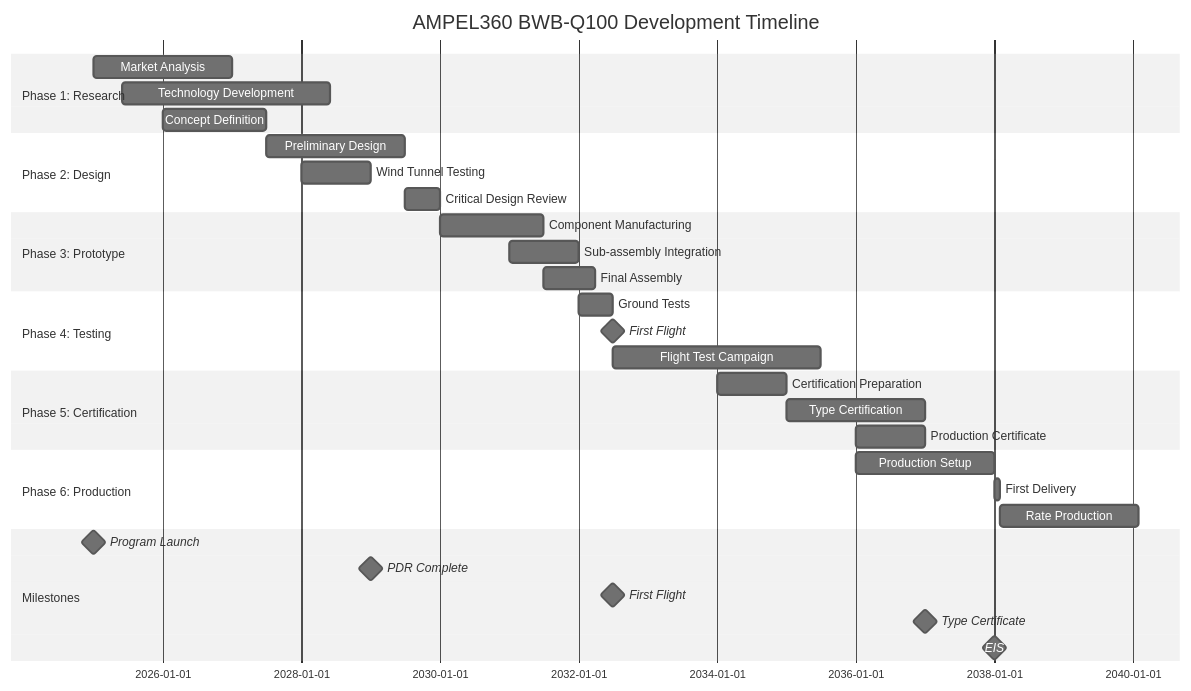
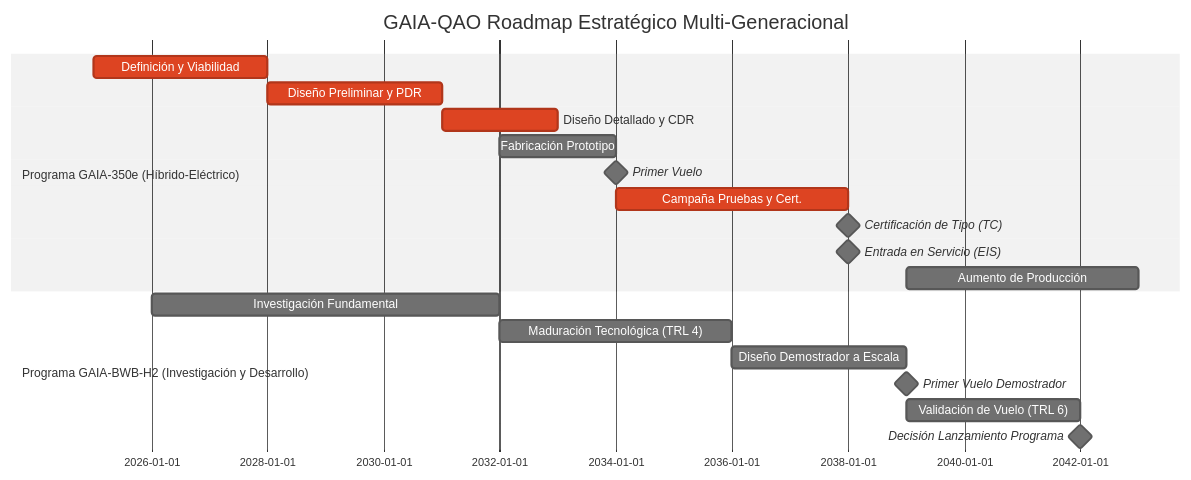
Before and after one commit to Robbbo-T/GQAOA: the second of 6 diagrams in organization/README.md, drawn with Mermaid (neutral theme). The commit also changed other lines of this file, not shown here.

````diff
--- a/organization/README.md
+++ b/organization/README.md
@@ -669,42 +336,24 @@
 ```mermaid
 gantt
-    title AMPEL360 BWB-Q100 Development Timeline
-    dateFormat YYYY-MM
+    title GAIA-QAO Roadmap Estratégico Multi-Generacional
+    dateFormat YYYY
     
-    section Phase 1: Research
-    Market Analysis               :2025-01, 24M
-    Technology Development        :2025-06, 36M
-    Concept Definition           :2026-01, 18M
-    
-    section Phase 2: Design
-    Preliminary Design           :2027-07, 24M
-    Wind Tunnel Testing         :2028-01, 12M
-    Critical Design Review      :2029-07, 6M
-    
-    section Phase 3: Prototype
-    Component Manufacturing     :2030-01, 18M
-    Sub-assembly Integration   :2031-01, 12M
-    Final Assembly            :2031-07, 9M
-    
-    section Phase 4: Testing
-    Ground Tests              :2032-01, 6M
-    First Flight              :milestone, 2032-07, 0
-    Flight Test Campaign      :2032-07, 36M
-    
-    section Phase 5: Certification
-    Certification Preparation :2034-01, 12M
-    Type Certification       :2035-01, 24M
-    Production Certificate   :2036-01, 12M
-    
-    section Phase 6: Production
-    Production Setup         :2036-01, 24M
-    First Delivery          :2038-01, 1M
-    Rate Production         :2038-02, 24M
-    
-    section Milestones
-    Program Launch          :milestone, 2025-01, 0
-    PDR Complete           :milestone, 2029-01, 0
-    First Flight           :milestone, 2032-07, 0
-    Type Certificate       :milestone, 2037-01, 0
-    EIS                    :milestone, 2038-01, 0
+    section Programa GAIA-350e (Híbrido-Eléctrico)
+    Definición y Viabilidad   :crit, 2025, 3y
+    Diseño Preliminar y PDR   :crit, 2028, 3y
+    Diseño Detallado y CDR    :crit, 2031, 2y
+    Fabricación Prototipo     :2032, 2y
+    Primer Vuelo              :milestone, 2034, 0d
+    Campaña Pruebas y Cert.   :crit, 2034, 4y
+    Certificación de Tipo (TC):milestone, 2038, 0d
+    Entrada en Servicio (EIS) :milestone, 2038, 0d
+    Aumento de Producción     :2039, 4y
+
+    section Programa GAIA-BWB-H2 (Investigación y Desarrollo)
+    Investigación Fundamental :2026, 6y
+    Maduración Tecnológica (TRL 4) :2032, 4y
+    Diseño Demostrador a Escala :2036, 3y
+    Primer Vuelo Demostrador  :milestone, 2039, 0d
+    Validación de Vuelo (TRL 6) :2039, 3y
+    Decisión Lanzamiento Programa:milestone, 2042, 0d
 ```
````
